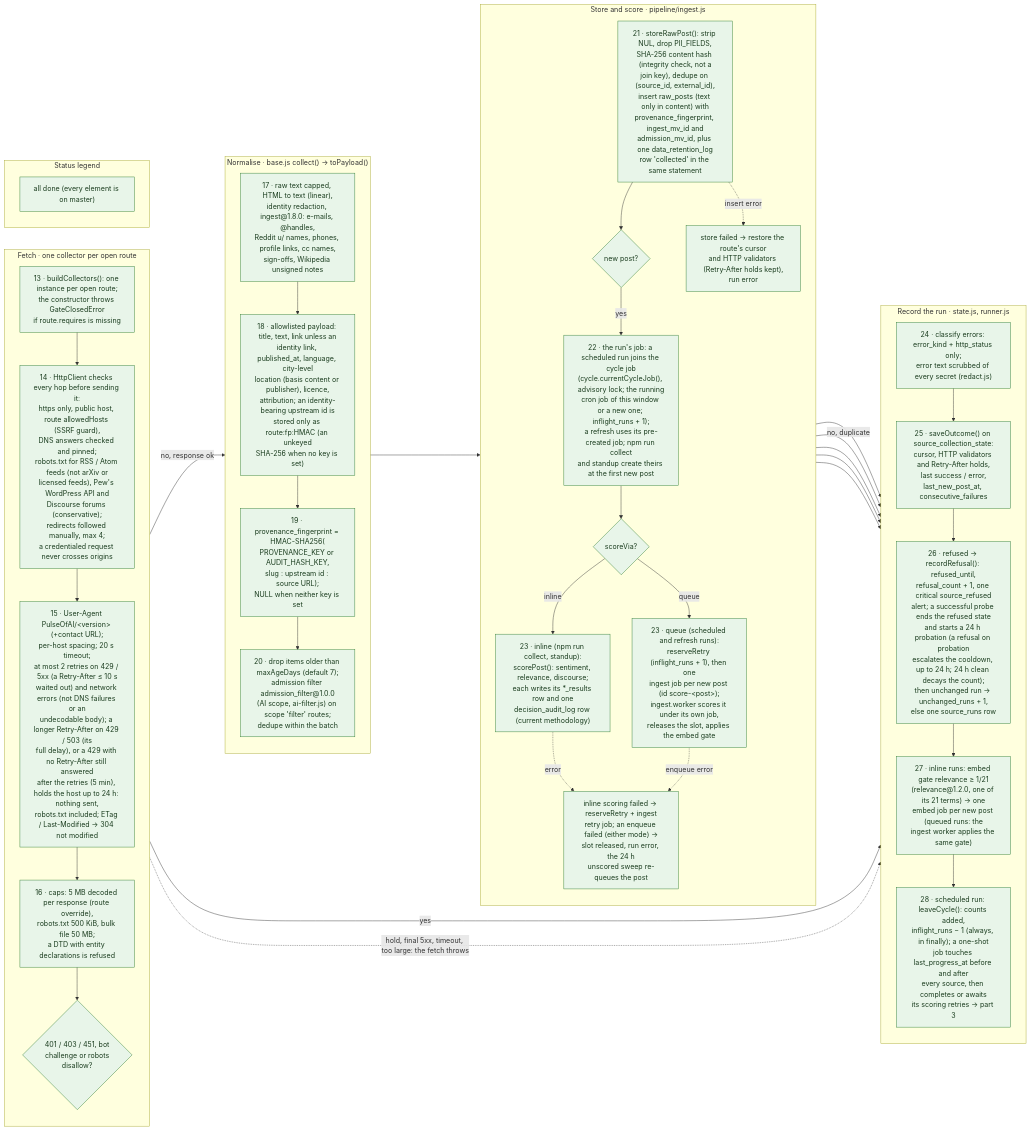
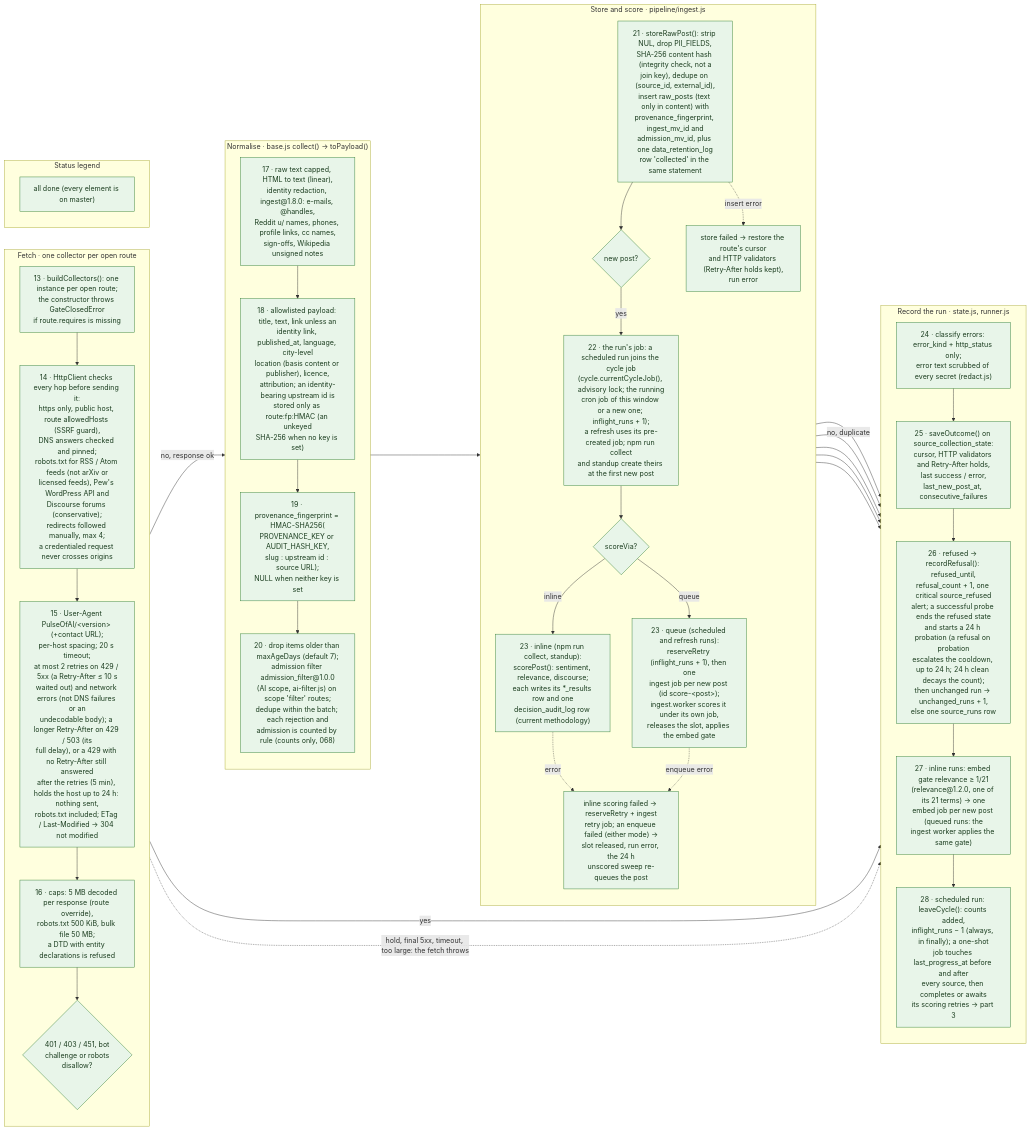
One commit to jennifer-mckinney/pulse-of-ai changed the diagram in docs/diagrams/flows/collection-2-fetch-store-score.mmd. Above: the diagram before and after it, drawn with Mermaid. The commit also changed 26 other files, not shown here.

Commit message:
Docs follow-up for relevance Stage 0a: spec, README, CLAUDE.md and diagrams for audit_narration@1.5.0 and the admission counters; demo relevance receipt stated conditionally across audience views

```diff
--- a/docs/diagrams/flows/collection-2-fetch-store-score.mmd
+++ b/docs/diagrams/flows/collection-2-fetch-store-score.mmd
@@ -1,68 +1,68 @@
 %% Title: Collection cycle · part 2 of 3 · fetch, normalise, store, score
 %% Summary: What one open route of a claimed source does: the guarded HTTP fetch, normalisation with redaction, the admission filter and the provenance fingerprint, storage with the ingest and admission versions, scoring (ingest queue for scheduled and refresh runs, inline for npm run collect and standup) with audit rows, and the run record.
 %% Sources: src/collectors/{index,base,http,netguard,transport,robots,normalize,identity,provenance,errors,redact,state,refusal,cycle,runner,ai-filter}.js, src/workers/{collect,ingest}.worker.js, src/pipeline/{ingest,sentiment,relevance,discourse,methodology}.js, src/config/methodology-registry.js; migrations 022, 031, 040, 042, 062. Spec: TECHNICAL_SPEC.md section 8 (PII handling, provenance); ADR 0001 (terms and politeness, D2); PR #22 decision G6.
 flowchart LR
 
   subgraph FETCH["Fetch · one collector per open route"]
     direction TB
     F1["13 · buildCollectors(): one instance per open route;<br/>the constructor throws GateClosedError<br/>if route.requires is missing"]:::done
     F2["14 · HttpClient checks every hop before sending it:<br/>https only, public host, route allowedHosts (SSRF guard),<br/>DNS answers checked and pinned;<br/>robots.txt for RSS / Atom feeds (not arXiv or<br/>licensed feeds), Pew's WordPress API and<br/>Discourse forums (conservative);<br/>redirects followed manually, max 4;<br/>a credentialed request never crosses origins"]:::done
     F3["15 · User-Agent PulseOfAI/#lt;version#gt; (+contact URL);<br/>per-host spacing; 20 s timeout;<br/>at most 2 retries on 429 / 5xx (a Retry-After ≤ 10 s<br/>waited out) and network errors (not DNS failures or an<br/>undecodable body); a longer Retry-After on 429 / 503 (its<br/>full delay), or a 429 with no Retry-After still answered<br/>after the retries (5 min), holds the host up to 24 h: nothing sent,<br/>robots.txt included; ETag / Last-Modified → 304 not modified"]:::done
     F4["16 · caps: 5 MB decoded per response (route override),<br/>robots.txt 500 KiB, bulk file 50 MB;<br/>a DTD with entity declarations is refused"]:::done
     F5{"401 / 403 / 451, bot<br/>challenge or robots<br/>disallow?"}:::done
     F1 --> F2 --> F3 --> F4 --> F5
   end
 
   subgraph NORM["Normalise · base.js collect() → toPayload()"]
     direction TB
     N1["17 · raw text capped, HTML to text (linear),<br/>identity redaction, ingest@1.8.0: e-mails, @handles,<br/>Reddit u/ names, phones, profile links, cc names,<br/>sign-offs, Wikipedia unsigned notes"]:::done
     N2["18 · allowlisted payload: title, text, link unless an<br/>identity link, published_at, language, city-level<br/>location (basis content or publisher), licence,<br/>attribution; an identity-bearing upstream id is<br/>stored only as route:fp:HMAC (an unkeyed<br/>SHA-256 when no key is set)"]:::done
     N3["19 · provenance_fingerprint = HMAC-SHA256(<br/>PROVENANCE_KEY or AUDIT_HASH_KEY,<br/>slug : upstream id : source URL);<br/>NULL when neither key is set"]:::done
-    N4["20 · drop items older than maxAgeDays (default 7);<br/>admission filter admission_filter@1.0.0<br/>(AI scope, ai-filter.js) on scope 'filter' routes;<br/>dedupe within the batch"]:::done
+    N4["20 · drop items older than maxAgeDays (default 7);<br/>admission filter admission_filter@1.0.0<br/>(AI scope, ai-filter.js) on scope 'filter' routes;<br/>dedupe within the batch; each rejection and<br/>admission is counted by rule (counts only, 068)"]:::done
     N1 --> N2 --> N3 --> N4
   end
 
   subgraph STORE["Store and score · pipeline/ingest.js"]
     direction TB
     T1["21 · storeRawPost(): strip NUL, drop PII_FIELDS,<br/>SHA-256 content hash (integrity check, not a<br/>join key), dedupe on (source_id, external_id),<br/>insert raw_posts (text only in content) with<br/>provenance_fingerprint, ingest_mv_id and<br/>admission_mv_id, plus one data_retention_log<br/>row 'collected' in the same statement"]:::done
     T2{"new post?"}:::done
     T3["22 · the run's job: a scheduled run joins the cycle job<br/>(cycle.currentCycleJob(), advisory lock; the running<br/>cron job of this window or a new one; inflight_runs + 1);<br/>a refresh uses its pre-created job; npm run collect<br/>and standup create theirs at the first new post"]:::done
     T7{"scoreVia?"}:::done
     T4["23 · queue (scheduled and refresh runs):<br/>reserveRetry (inflight_runs + 1), then one<br/>ingest job per new post (id score-#lt;post#gt;);<br/>ingest.worker scores it under its own job,<br/>releases the slot, applies the embed gate"]:::done
     T8["23 · inline (npm run collect, standup):<br/>scorePost(): sentiment, relevance, discourse;<br/>each writes its *_results row and one<br/>decision_audit_log row (current methodology)"]:::done
     T5["inline scoring failed → reserveRetry + ingest<br/>retry job; an enqueue failed (either mode) →<br/>slot released, run error, the 24 h<br/>unscored sweep re-queues the post"]:::done
     T6["store failed → restore the route's cursor<br/>and HTTP validators (Retry-After holds kept),<br/>run error"]:::done
     T1 --> T2
     T2 -- yes --> T3 --> T7
     T7 -- queue --> T4
     T7 -- inline --> T8
   end
 
   subgraph RECORD["Record the run · state.js, runner.js"]
     direction TB
     V1["24 · classify errors: error_kind + http_status only;<br/>error text scrubbed of every secret (redact.js)"]:::done
     V2["25 · saveOutcome() on source_collection_state:<br/>cursor, HTTP validators and Retry-After holds,<br/>last success / error,<br/>last_new_post_at, consecutive_failures"]:::done
     V3["26 · refused → recordRefusal(): refused_until,<br/>refusal_count + 1, one critical source_refused<br/>alert; a successful probe ends the refused state<br/>and starts a 24 h probation (a refusal on probation<br/>escalates the cooldown, up to 24 h; 24 h clean decays the count);<br/>then unchanged run → unchanged_runs + 1,<br/>else one source_runs row"]:::done
     V4["27 · inline runs: embed gate relevance ≥ 1/21<br/>(relevance@1.2.0, one of its 21 terms) → one<br/>embed job per new post (queued runs: the<br/>ingest worker applies the same gate)"]:::done
     V5["28 · scheduled run: leaveCycle(): counts added,<br/>inflight_runs − 1 (always, in finally); a one-shot<br/>job touches last_progress_at before and after<br/>every source, then completes or awaits<br/>its scoring retries → part 3"]:::done
     V1 --> V2 --> V3 --> V4 --> V5
   end
 
   subgraph LEGEND["Status legend"]
     L1["all done (every element is on master)"]:::done
   end
 
   F5 -- yes --> V1
   F5 -- "no, response ok" --> N1
   F3 -. "hold, final 5xx, timeout, too large: the fetch throws" .-> V1
   N4 --> T1
   T1 -. "insert error" .-> T6 --> V1
   T2 -- "no, duplicate" --> V1
   T8 -. "error" .-> T5
   T4 -. "enqueue error" .-> T5
   T5 --> V1
   T4 --> V1
   T8 --> V1
 
   classDef done fill:#e8f5e9,stroke:#2e7d32,color:#1b3d1f
   classDef planned fill:#f2f2f2,stroke:#8a8a8a,color:#4a4a4a,stroke-dasharray:2 3
```
